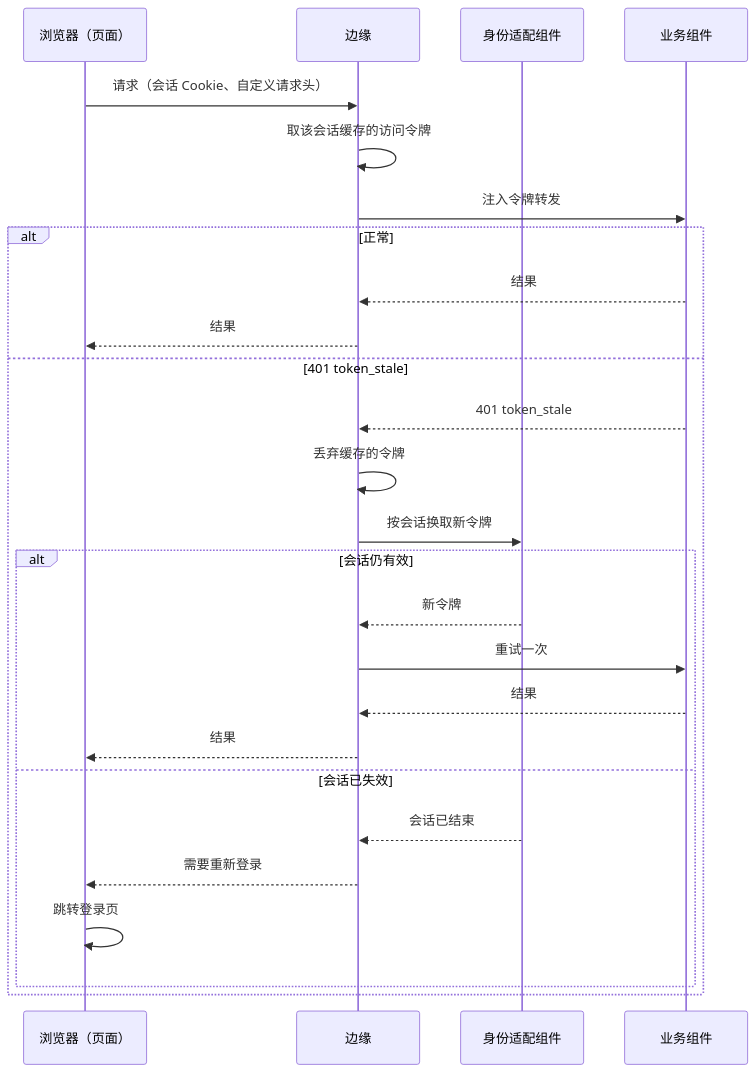
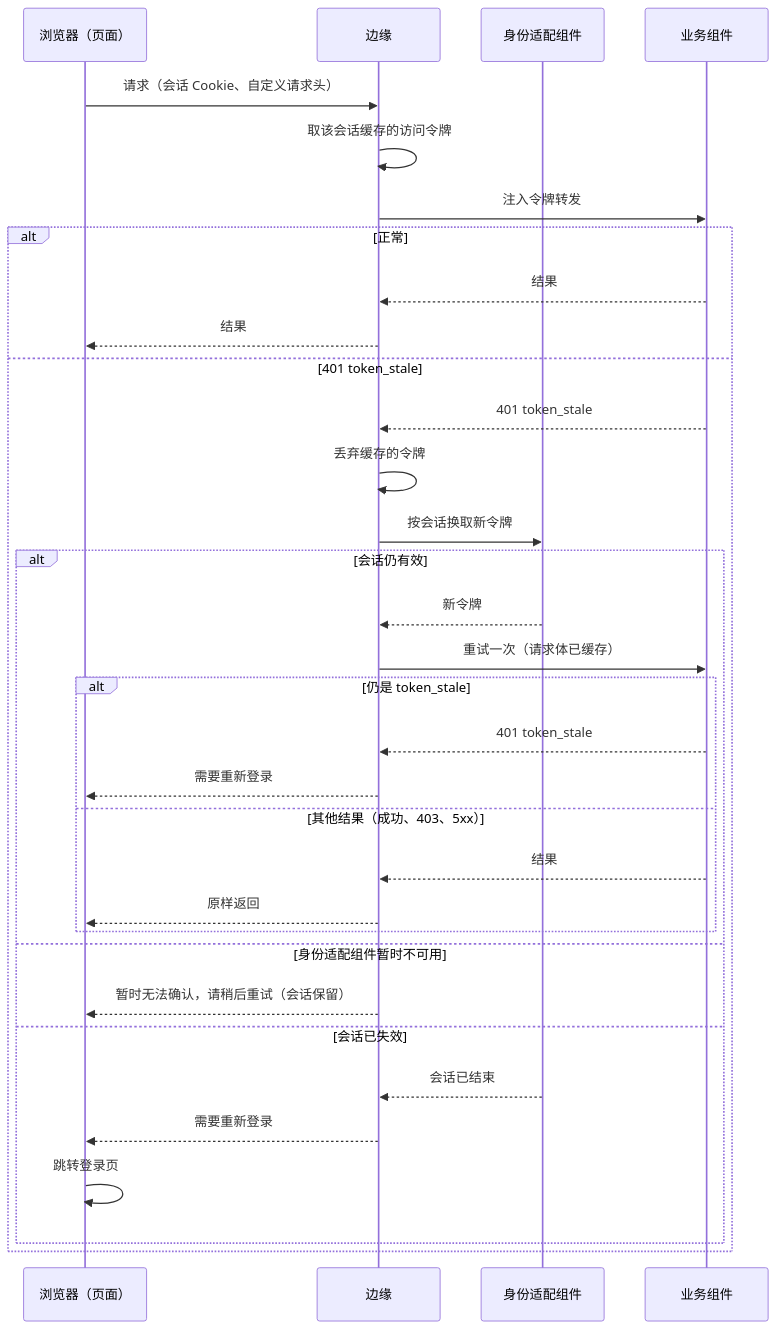
Before and after one commit to brickKit/be-assembly-standard: the diagram in tempDocs/final/06-protocols/20-frontend.md, drawn with Mermaid. The commit also changed other lines of this file and 17 other files, not shown here.

````diff
--- a/tempDocs/final/06-protocols/20-frontend.md
+++ b/tempDocs/final/06-protocols/20-frontend.md
@@ -66,28 +71,35 @@
 ```mermaid
 sequenceDiagram
     participant B as 浏览器（页面）
     participant E as 边缘
     participant I as 身份适配组件
     participant C as 业务组件
     B->>E: 请求（会话 Cookie、自定义请求头）
     E->>E: 取该会话缓存的访问令牌
     E->>C: 注入令牌转发
     alt 正常
         C-->>E: 结果
         E-->>B: 结果
     else 401 token_stale
         C-->>E: 401 token_stale
         E->>E: 丢弃缓存的令牌
         E->>I: 按会话换取新令牌
         alt 会话仍有效
             I-->>E: 新令牌
-            E->>C: 重试一次
-            C-->>E: 结果
-            E-->>B: 结果
+            E->>C: 重试一次（请求体已缓存）
+            alt 仍是 token_stale
+                C-->>E: 401 token_stale
+                E-->>B: 需要重新登录
+            else 其他结果（成功、403、5xx）
+                C-->>E: 结果
+                E-->>B: 原样返回
+            end
+        else 身份适配组件暂时不可用
+            E-->>B: 暂时无法确认，请稍后重试（会话保留）
         else 会话已失效
             I-->>E: 会话已结束
             E-->>B: 需要重新登录
             B->>B: 跳转登录页
         end
     end
 ```
````
